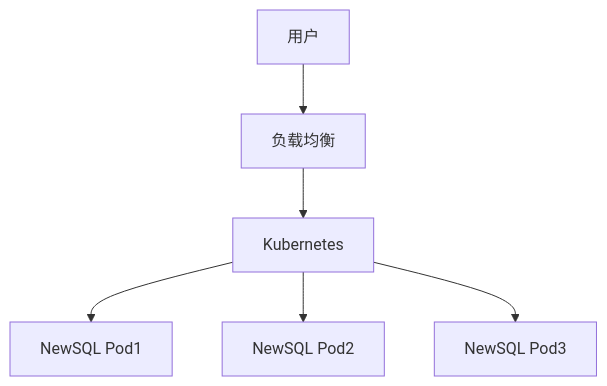
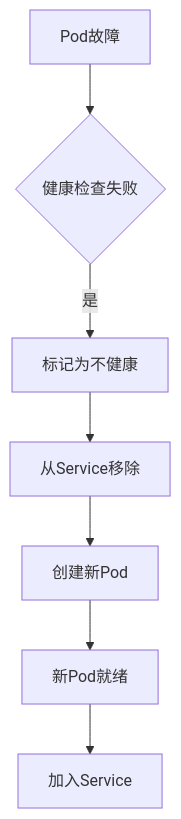
The seventh of 8 diagrams in Analysis/1-数据库系统/1.4-NewSQL/1.4.8-云原生与容器化部署.md (AdaMartin18010/Data-Science), drawn with Mermaid before and after one commit. The commit also changed other lines of this file and 338 other files, not shown here.

````diff
--- a/Analysis/1-数据库系统/1.4-NewSQL/1.4.8-云原生与容器化部署.md
+++ b/Analysis/1-数据库系统/1.4-NewSQL/1.4.8-云原生与容器化部署.md
@@ -20,7 +799,9 @@
 ```mermaid
 flowchart TD
-  U[用户] --> LB[负载均衡] --> K8S[Kubernetes]
-  K8S --> NS1[NewSQL Pod1]
-  K8S --> NS2[NewSQL Pod2]
-  K8S --> NS3[NewSQL Pod3]
+    A[Pod故障] --> B{健康检查失败}
+    B -->|是| C[标记为不健康]
+    C --> D[从Service移除]
+    D --> E[创建新Pod]
+    E --> F[新Pod就绪]
+    F --> G[加入Service]
 ```
````
